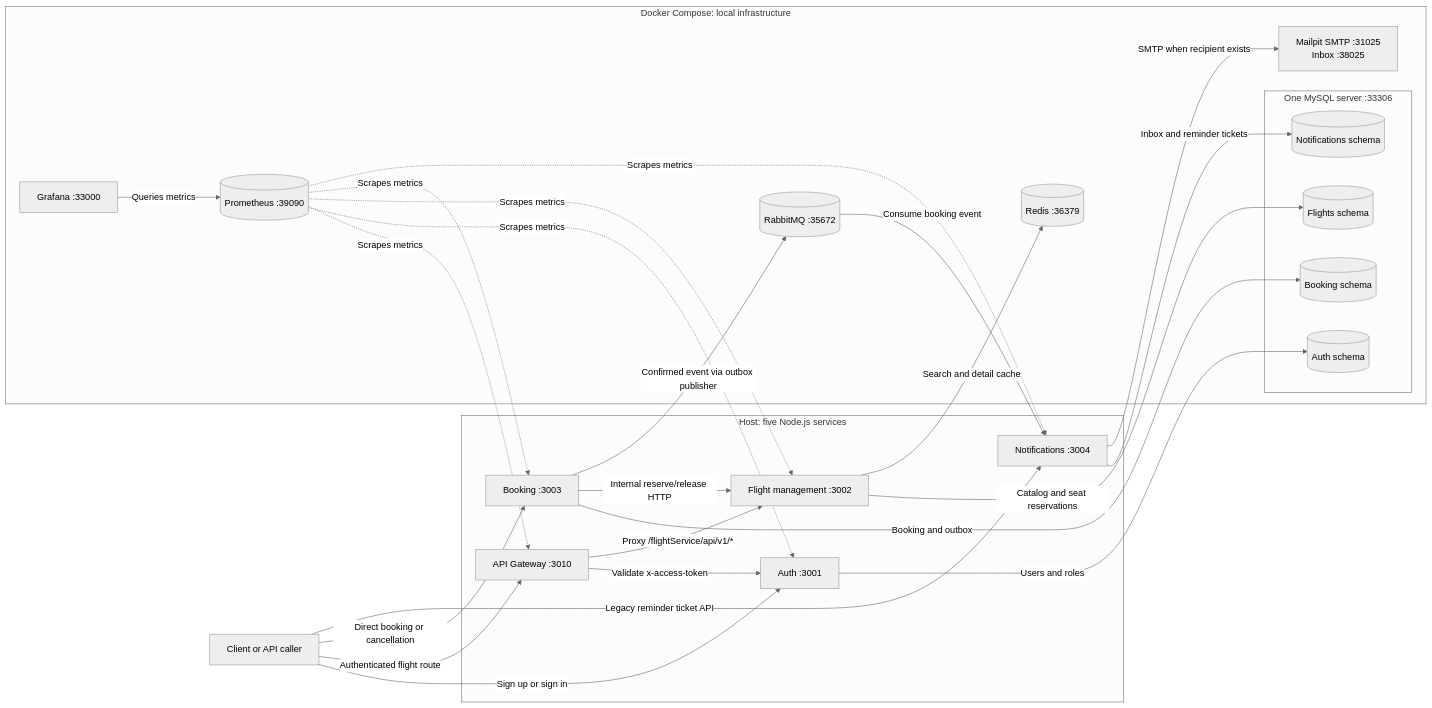
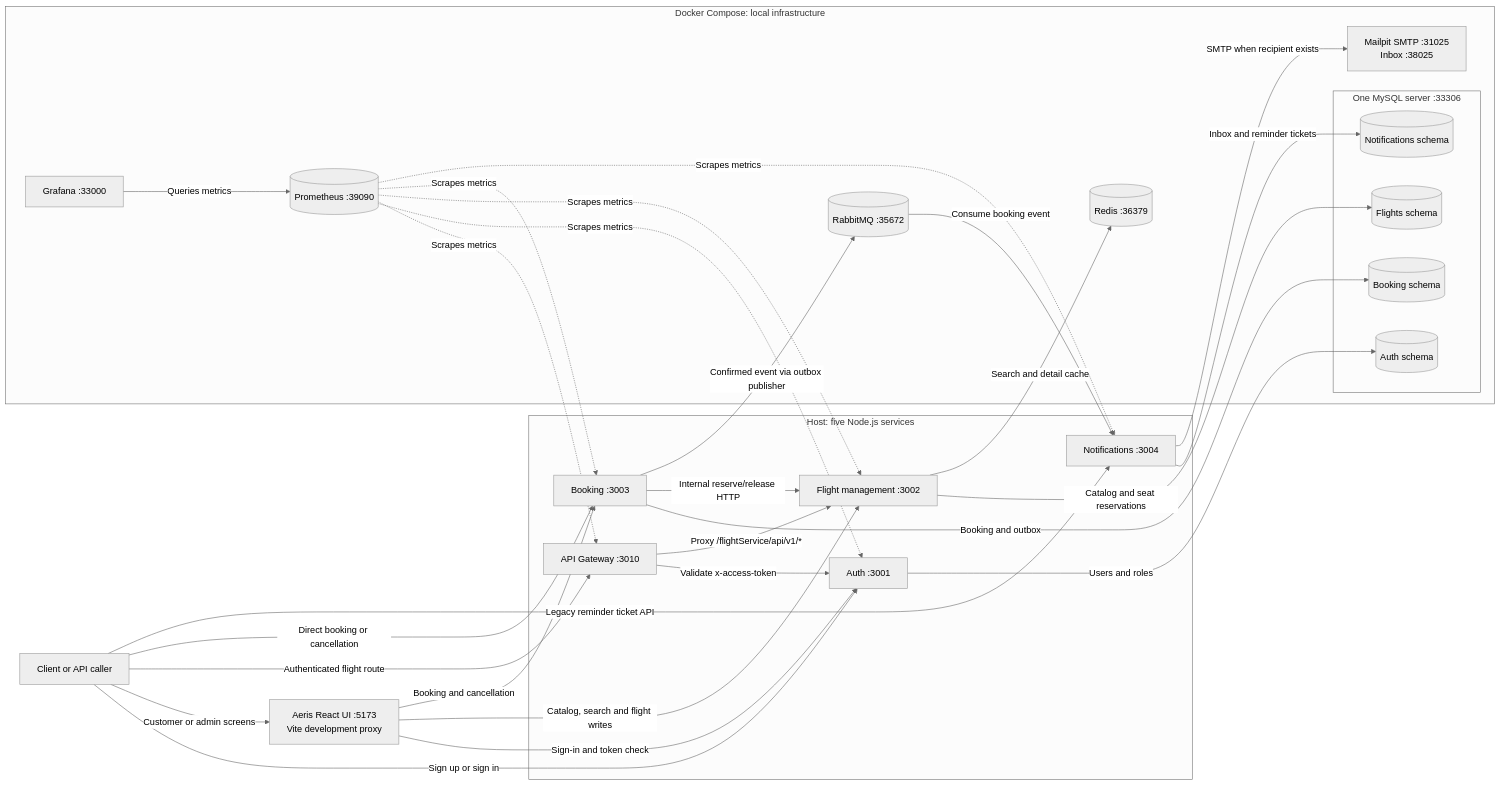
Before and after one commit to inductionotg/FlightBooking-10x: the first of 3 diagrams in docs/architecture.md, drawn with Mermaid (neutral theme). The commit also changed other lines of this file and 15 other files, not shown here.

Commit message:
Add React customer and admin interface

````diff
--- a/docs/architecture.md
+++ b/docs/architecture.md
@@ -7,50 +7,55 @@
 ```mermaid
 flowchart LR
   Client["Client or API caller"]
+  UI["Aeris React UI :5173<br/>Vite development proxy"]
 
   subgraph HostServices["Host: five Node.js services"]
     Gateway["API Gateway :3010"]
     Auth["Auth :3001"]
     Flights["Flight management :3002"]
     Booking["Booking :3003"]
     Notifications["Notifications :3004"]
   end
 
   subgraph Docker["Docker Compose: local infrastructure"]
     subgraph MySQL["One MySQL server :33306"]
       AuthDB[(Auth schema)]
       FlightDB[(Flights schema)]
       BookingDB[(Booking schema)]
       NotificationDB[(Notifications schema)]
     end
     Redis[(Redis :36379)]
     RabbitMQ[(RabbitMQ :35672)]
     Mailpit["Mailpit SMTP :31025<br/>Inbox :38025"]
     Prometheus[(Prometheus :39090)]
     Grafana["Grafana :33000"]
   end
 
   Client -->|"Sign up or sign in"| Auth
+  Client -->|"Customer or admin screens"| UI
+  UI -->|"Sign-in and token check"| Auth
+  UI -->|"Catalog, search and flight writes"| Flights
+  UI -->|"Booking and cancellation"| Booking
   Client -->|"Authenticated flight route"| Gateway
   Gateway -->|"Validate x-access-token"| Auth
   Gateway -->|"Proxy /flightService/api/v1/*"| Flights
   Client -->|"Direct booking or cancellation"| Booking
   Client -->|"Legacy reminder ticket API"| Notifications
 
   Auth -->|"Users and roles"| AuthDB
   Flights -->|"Catalog and seat reservations"| FlightDB
   Flights -->|"Search and detail cache"| Redis
   Booking -->|"Booking and outbox"| BookingDB
   Booking -->|"Internal reserve/release HTTP"| Flights
   Booking -->|"Confirmed event via outbox publisher"| RabbitMQ
   RabbitMQ -->|"Consume booking event"| Notifications
   Notifications -->|"Inbox and reminder tickets"| NotificationDB
   Notifications -->|"SMTP when recipient exists"| Mailpit
 
   Prometheus -.->|"Scrapes metrics"| Gateway
   Prometheus -.->|"Scrapes metrics"| Auth
   Prometheus -.->|"Scrapes metrics"| Flights
   Prometheus -.->|"Scrapes metrics"| Booking
   Prometheus -.->|"Scrapes metrics"| Notifications
   Grafana -->|"Queries metrics"| Prometheus
 ```
````
